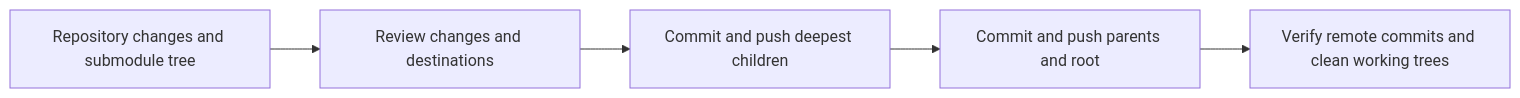
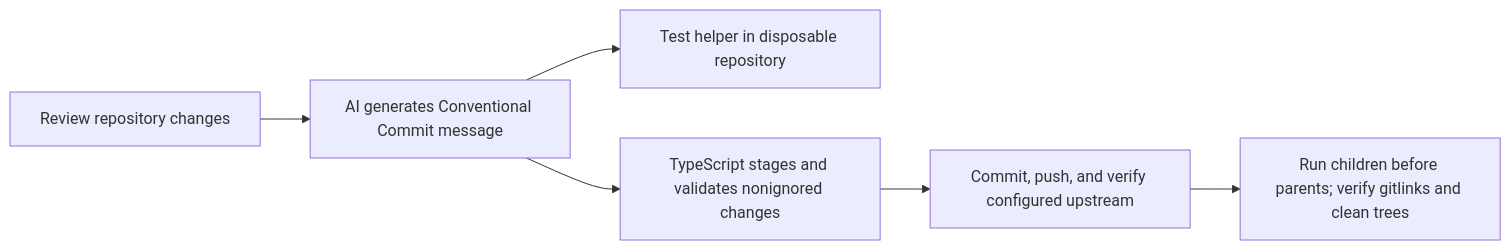
The diagram in .agents/skills/anoblet-commit/readme.md (anoblet/copilot), drawn with Mermaid before and after one commit. The commit also changed other lines of this file and 3 other files, not shown here.

Commit message:
feat(commit): add deterministic TypeScript publisher

````diff
--- a/.agents/skills/anoblet-commit/readme.md
+++ b/.agents/skills/anoblet-commit/readme.md
@@ -5,7 +5,8 @@
 ```mermaid
 flowchart LR
-    A[Repository changes and submodule tree] --> B[Review changes and destinations]
-    B --> C[Commit and push deepest children]
-    C --> D[Commit and push parents and root]
-    D --> E[Verify remote commits and clean working trees]
+    A[Review repository changes] --> B[AI generates Conventional Commit message]
+    B --> T[Test helper in disposable repository]
+    B --> C[TypeScript stages and validates nonignored changes]
+    C --> D[Commit, push, and verify configured upstream]
+    D --> E[Run children before parents; verify gitlinks and clean trees]
 ```
````
